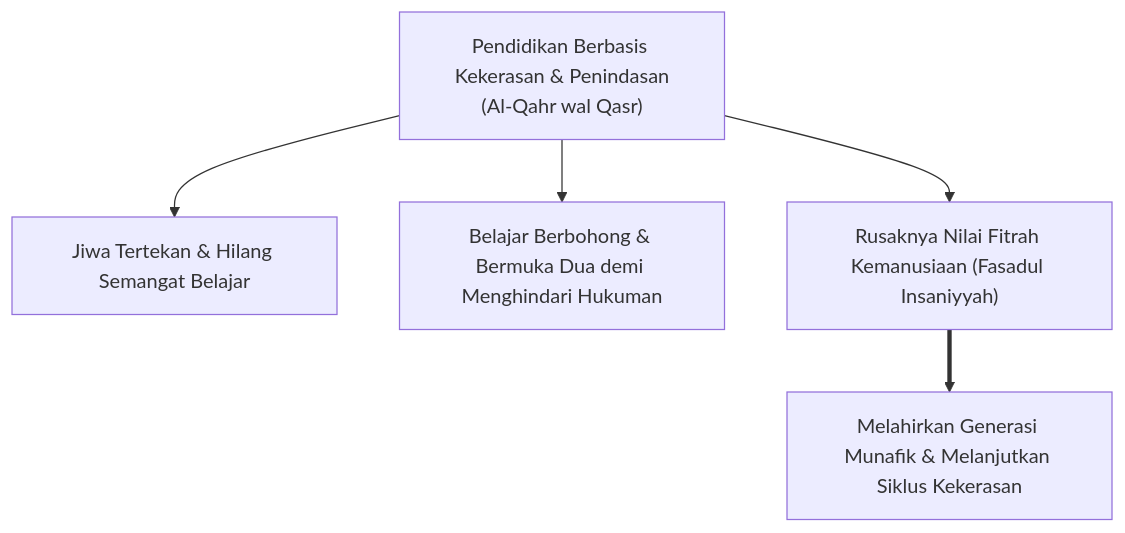
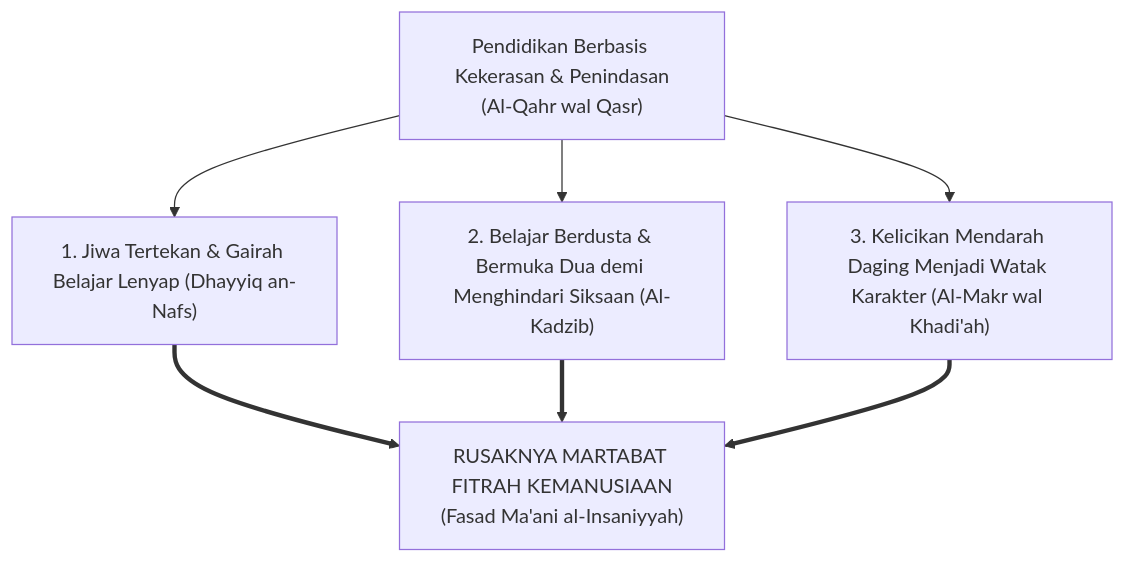
The third of 5 diagrams in BOOK-SERIES/Volume-01/Bab-01-Krisis-Karakter-dan-Urgensi-Rekonstruksi/02-Fenomenologi-Kekerasan-dan-Senioritas-Feodal.md (wandiapriliyandi/tumbuh), drawn with Mermaid before and after one commit. The commit also changed other lines of this file, not shown here.

Commit message:
docs(bab-1.2): rekonstruksi naskah master monograf dekonstruksi kekerasan & feodalisme senioritas dengan alur mengalir dan menggugah jiwa

````diff
--- a/BOOK-SERIES/Volume-01/Bab-01-Krisis-Karakter-dan-Urgensi-Rekonstruksi/02-Fenomenologi-Kekerasan-dan-Senioritas-Feodal.md
+++ b/BOOK-SERIES/Volume-01/Bab-01-Krisis-Karakter-dan-Urgensi-Rekonstruksi/02-Fenomenologi-Kekerasan-dan-Senioritas-Feodal.md
@@ -48,13 +82,10 @@
 ```mermaid
 graph TD
     Kekerasan["Pendidikan Berbasis Kekerasan & Penindasan<br/>(Al-Qahr wal Qasr)"]
-    Dampak1["Jiwa Tertekan & Hilang Semangat Belajar"]
-    Dampak2["Belajar Berbohong & Bermuka Dua demi Menghindari Hukuman"]
-    Dampak3["Rusaknya Nilai Fitrah Kemanusiaan (Fasadul Insaniyyah)"]
-    Siklus["Melahirkan Generasi Munafik & Melanjutkan Siklus Kekerasan"]
-
-    Kekerasan --> Dampak1
-    Kekerasan --> Dampak2
-    Kekerasan --> Dampak3
-    Dampak3 ==> Siklus
+    
+    Kekerasan --> D1["1. Jiwa Tertekan & Gairah Belajar Lenyap (Dhayyiq an-Nafs)"]
+    Kekerasan --> D2["2. Belajar Berdusta & Bermuka Dua demi Menghindari Siksaan (Al-Kadzib)"]
+    Kekerasan --> D3["3. Kelicikan Mendarah Daging Menjadi Watak Karakter (Al-Makr wal Khadi'ah)"]
+    
+    D1 & D2 & D3 ==> Hancur["RUSAKNYA MARTABAT FITRAH KEMANUSIAAN<br/>(Fasad Ma'ani al-Insaniyyah)"]
 ```
````
